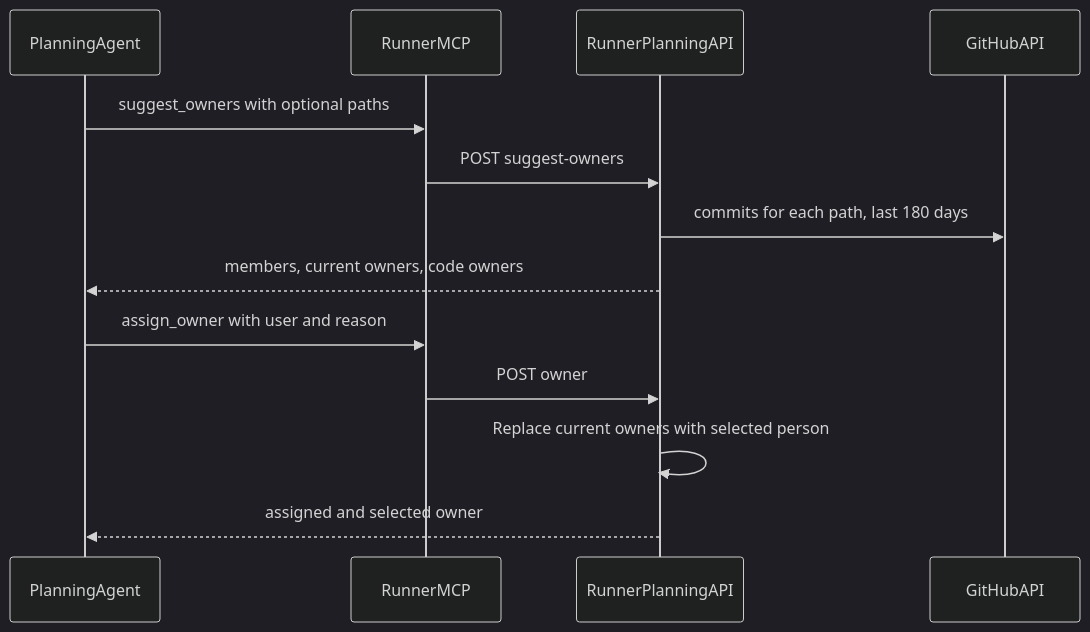
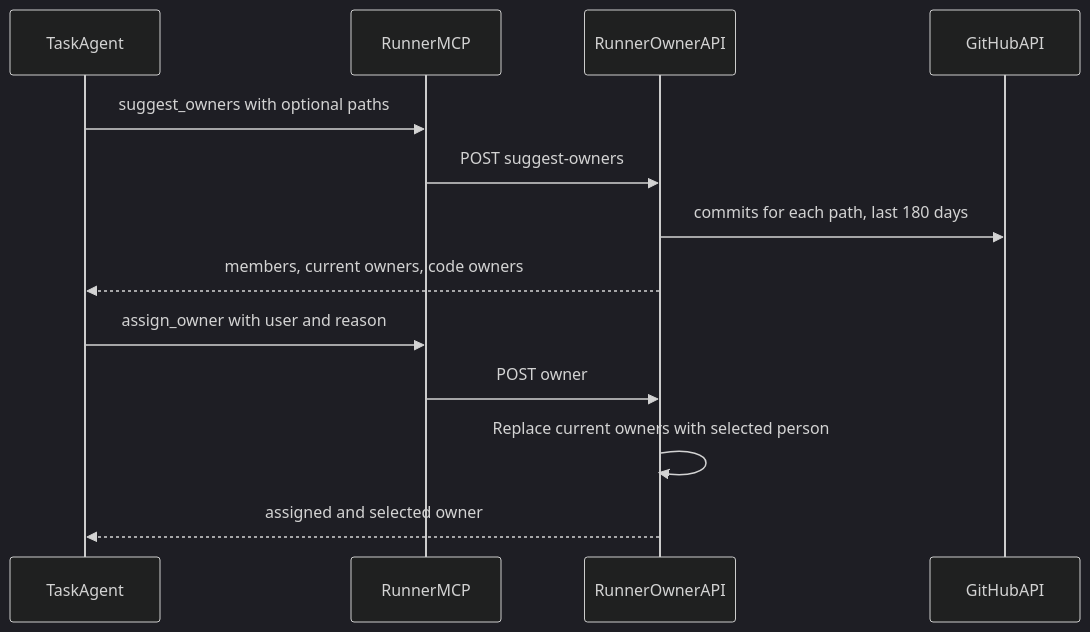
The diagram in docs/prd/intelligent-task-assignment.md (superplanehq/superplane), drawn with Mermaid (dark theme) before and after one commit. The commit also changed other lines of this file and 27 other files, not shown here.

First line of the commit message:
feat: Enable owner tools across task agents

````diff
--- a/docs/prd/intelligent-task-assignment.md
+++ b/docs/prd/intelligent-task-assignment.md
@@ -51,15 +57,15 @@
 ```mermaid
 sequenceDiagram
-  participant Agent as PlanningAgent
+  participant Agent as TaskAgent
   participant MCP as RunnerMCP
-  participant API as RunnerPlanningAPI
+  participant API as RunnerOwnerAPI
   participant GH as GitHubAPI
   Agent->>MCP: suggest_owners with optional paths
   MCP->>API: POST suggest-owners
   API->>GH: commits for each path, last 180 days
   API-->>Agent: members, current owners, code owners
   Agent->>MCP: assign_owner with user and reason
   MCP->>API: POST owner
   API->>API: Replace current owners with selected person
   API-->>Agent: assigned and selected owner
 ```
````
